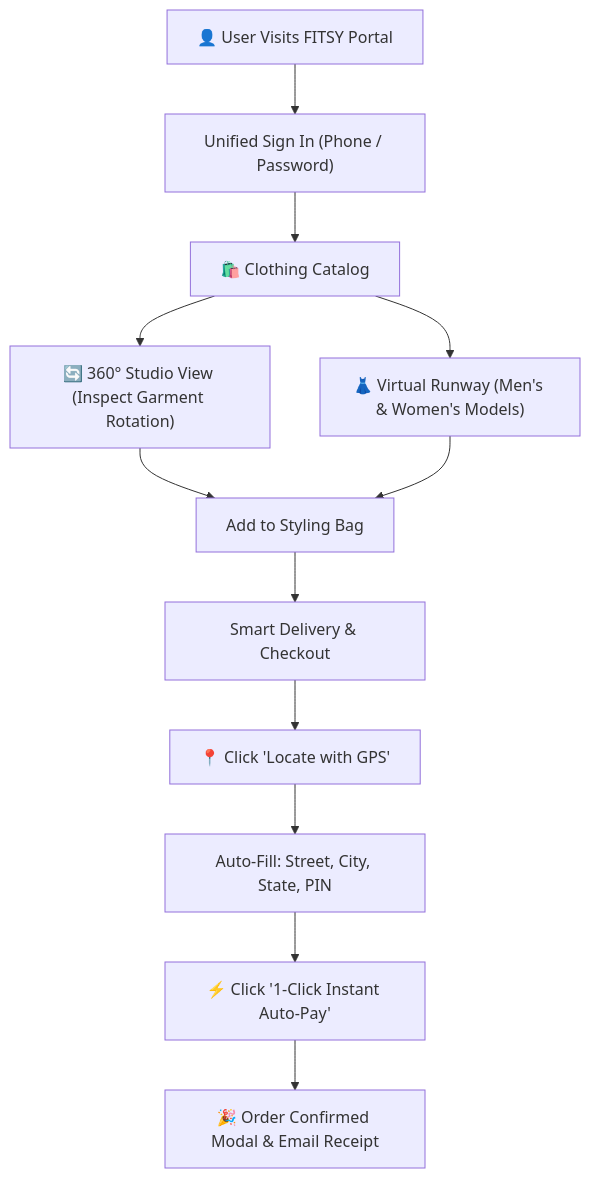
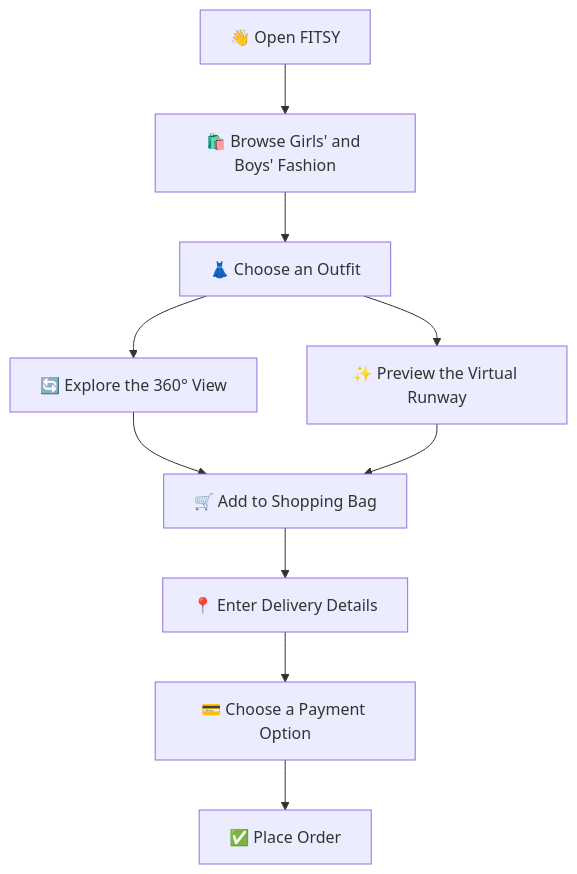
One commit to pvenkatagowthamsai-dot/FSFE_PROJECT changed the first of 3 diagrams in README.md. Above: the diagram before and after it, drawn with Mermaid. The commit also changed other lines of this file, not shown here.

````diff
--- a/README.md
+++ b/README.md
@@ -34,17 +47,12 @@
 ```mermaid
 flowchart TD
-    A["👤 User Visits FITSY Portal"] --> B["Unified Sign In (Phone / Password)"]
-    B --> C["🛍️ Clothing Catalog"]
-    
-    C --> D["🔄 360° Studio View (Inspect Garment Rotation)"]
-    C --> E["👗 Virtual Runway (Men's & Women's Models)"]
-    
-    D --> F["Add to Styling Bag"]
+    A["👋 Open FITSY"] --> B["🛍️ Browse Girls' and Boys' Fashion"]
+    B --> C["👗 Choose an Outfit"]
+    C --> D["🔄 Explore the 360° View"]
+    C --> E["✨ Preview the Virtual Runway"]
+    D --> F["🛒 Add to Shopping Bag"]
     E --> F
-    
-    F --> G["Smart Delivery & Checkout"]
-    G --> H["📍 Click 'Locate with GPS'"]
-    H --> I["Auto-Fill: Street, City, State, PIN"]
-    I --> J["⚡ Click '1-Click Instant Auto-Pay'"]
-    J --> K["🎉 Order Confirmed Modal & Email Receipt"]
+    F --> G["📍 Enter Delivery Details"]
+    G --> H["💳 Choose a Payment Option"]
+    H --> I["✅ Place Order"]
 ```
````
